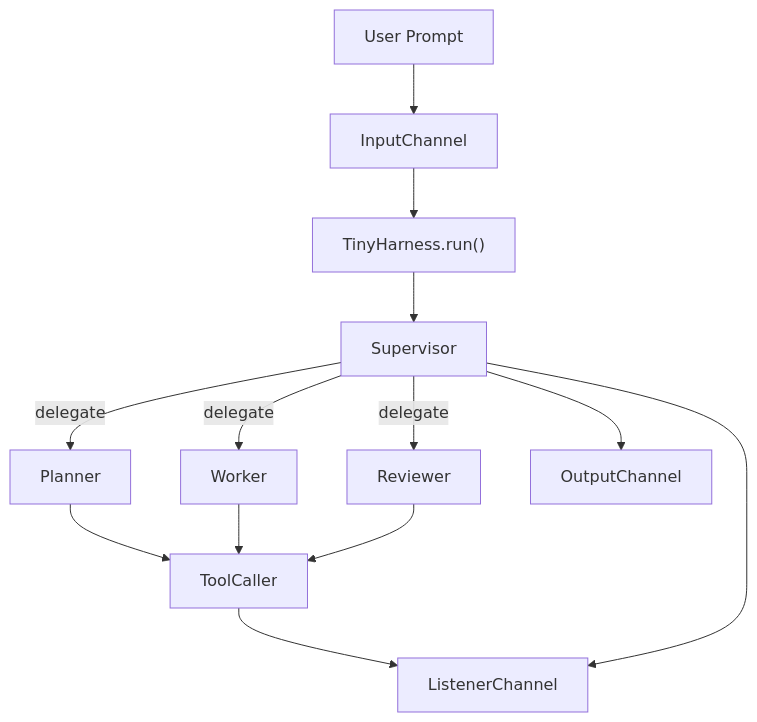
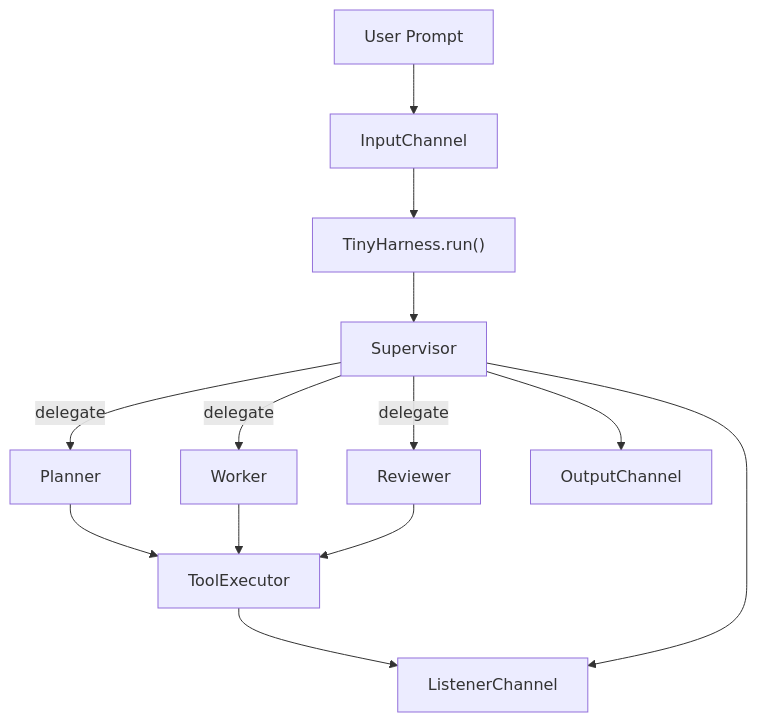
Before and after one commit to junyeong-nero/tiny-agent-harness: the diagram in README.md, drawn with Mermaid. The commit also changed other lines of this file and 13 other files, not shown here.

First line of the commit message:
[refactor] Rename ToolCaller to ToolExecutor

````diff
--- a/README.md
+++ b/README.md
@@ -11,15 +11,15 @@
 ```mermaid
 graph TD
     U["User Prompt"] --> IC["InputChannel"]
     IC --> TH["TinyHarness.run()"]
     TH --> SR["Supervisor"]
     SR -->|delegate| PL["Planner"]
     SR -->|delegate| WK["Worker"]
     SR -->|delegate| RV["Reviewer"]
-    PL --> TC["ToolCaller"]
+    PL --> TC["ToolExecutor"]
     WK --> TC
     RV --> TC
     TC --> LC["ListenerChannel"]
     SR --> LC
     SR --> OC["OutputChannel"]
 ```
````
